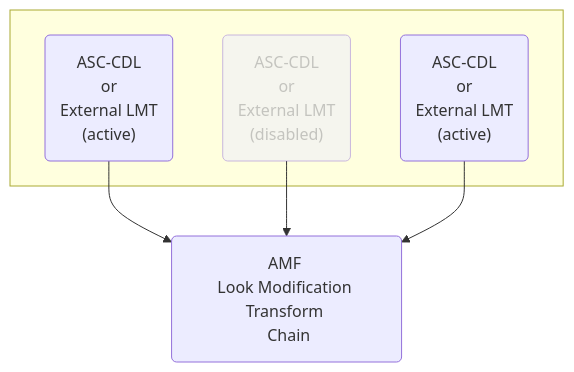
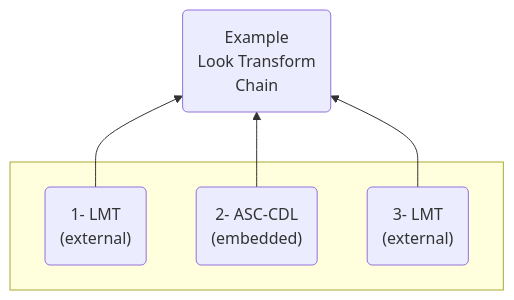
The second of 3 diagrams in docs/amf/guides/implementation/index.md (ampas/aces-docs), drawn with Mermaid before and after one commit. The commit also changed other lines of this file and 1 other file, not shown here.

Commit message:
Added ACES URN registry to AMF implemtation guide, minor editorial updates

````diff
--- a/docs/amf/guides/implementation/index.md
+++ b/docs/amf/guides/implementation/index.md
@@ -104,14 +92,11 @@
 ```mermaid
-graph TB
-B1  --> A1(AMF <br/>Look Modification Transform <br/> Chain)
+graph BT
+B1  --> A1(Example <br/>Look Transform <br/> Chain)
 B2  --> A1
 B3  --> A1
 subgraph  
-    B1("ASC-CDL<br/>or<br/>External LMT<br/>(active)") 
-    B2("ASC-CDL<br/>or<br/>External LMT<br/>(disabled)")
-    B3("ASC-CDL<br/>or<br/>External LMT<br/>(active)")
+    B1("1- LMT<br/>(external)") 
+    B2("2- ASC-CDL<br/>(embedded)")
+    B3("3- LMT<br/>(external)")
 end
-
-classDef disabled opacity: 0.5
-class B2 disabled
 ```
````
